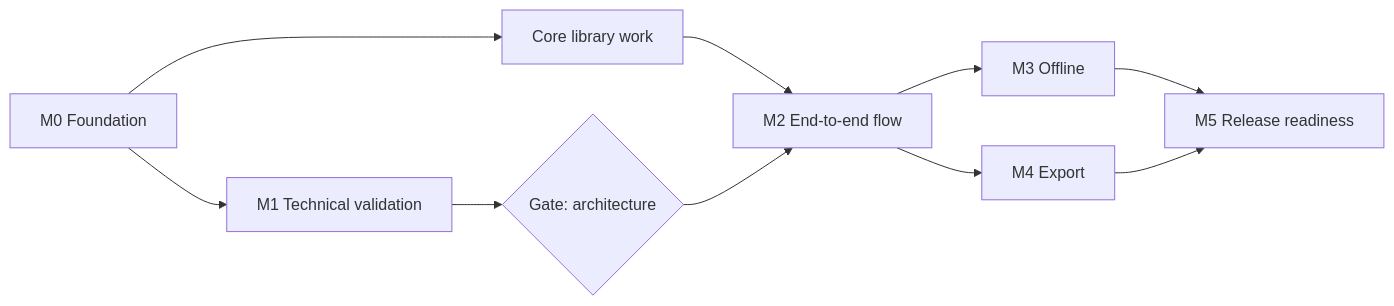
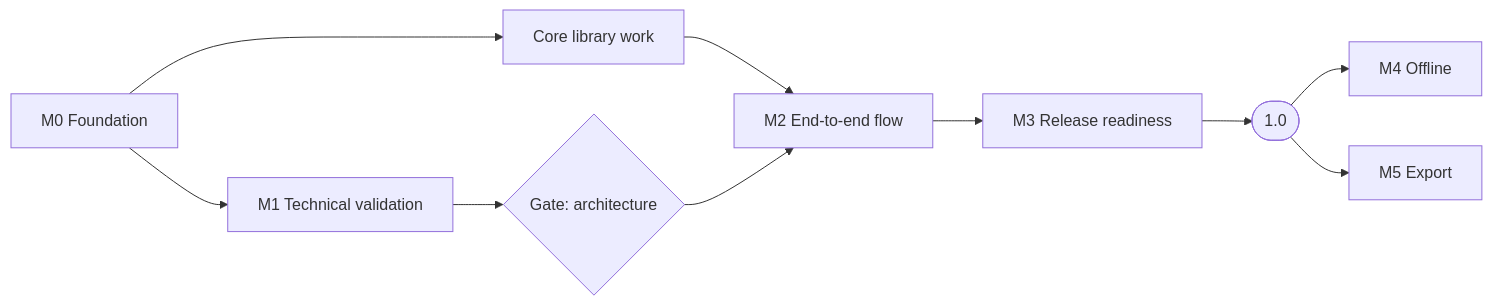
One commit to JimmyCodeWork/TripReplay changed the diagram in docs/roadmap.md. Above: the diagram before and after it, drawn with Mermaid. The commit also changed other lines of this file and 13 other files, not shown here.

````diff
--- a/docs/roadmap.md
+++ b/docs/roadmap.md
@@ -15,12 +15,12 @@
 ```mermaid
 flowchart LR
     M0[M0 Foundation] --> M1[M1 Technical validation]
     M0 --> Core[Core library work]
     Core --> M2
     M1 --> G1{Gate: architecture}
     G1 --> M2[M2 End-to-end flow]
-    M2 --> M3[M3 Offline]
-    M2 --> M4[M4 Export]
-    M3 --> M5[M5 Release readiness]
-    M4 --> M5
+    M2 --> M3[M3 Release readiness]
+    M3 --> R1([1.0])
+    R1 --> M4[M4 Offline]
+    R1 --> M5[M5 Export]
 ```
````
